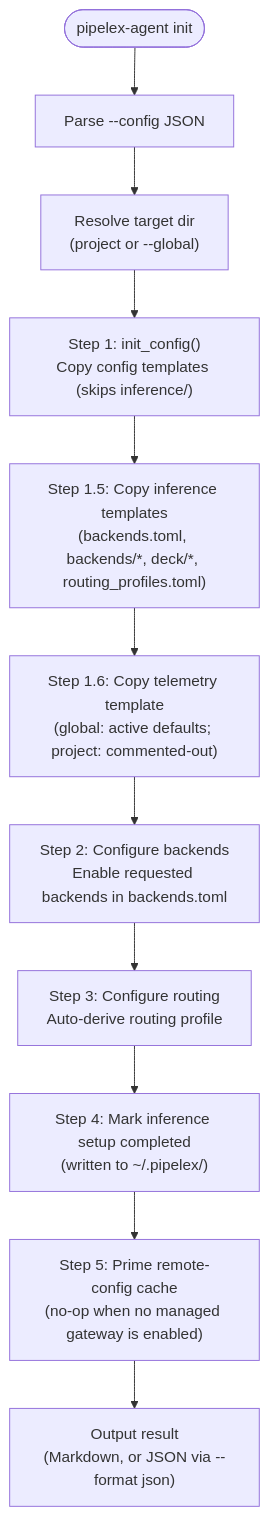
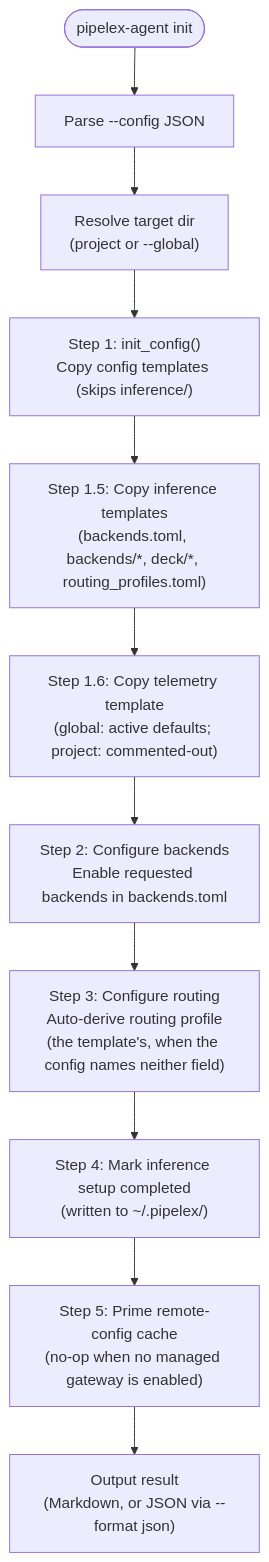
The third of 3 diagrams in docs/under-the-hood/init-cli-flows.md (Pipelex/pipelex), drawn with Mermaid before and after one commit. The commit also changed other lines of this file and 13 other files, not shown here.

````diff
--- a/docs/under-the-hood/init-cli-flows.md
+++ b/docs/under-the-hood/init-cli-flows.md
@@ -365,13 +366,13 @@
 ```mermaid
 flowchart TD
     START([pipelex-agent init]) --> PARSE["Parse --config JSON"]
     PARSE --> RESOLVE["Resolve target dir<br/>(project or --global)"]
     RESOLVE --> STEP1["Step 1: init_config()<br/>Copy config templates (skips inference/)"]
     STEP1 --> STEP15["Step 1.5: Copy inference templates<br/>(backends.toml, backends/*, deck/*, routing_profiles.toml)"]
     STEP15 --> STEP16["Step 1.6: Copy telemetry template<br/>(global: active defaults; project: commented-out)"]
     STEP16 --> STEP2["Step 2: Configure backends<br/>Enable requested backends in backends.toml"]
-    STEP2 --> STEP3["Step 3: Configure routing<br/>Auto-derive routing profile"]
+    STEP2 --> STEP3["Step 3: Configure routing<br/>Auto-derive routing profile<br/>(the template's, when the config names neither field)"]
     STEP3 --> STEP4["Step 4: Mark inference setup completed<br/>(written to ~/.pipelex/)"]
     STEP4 --> STEP5["Step 5: Prime remote-config cache<br/>(no-op when no managed gateway is enabled)"]
     STEP5 --> OUTPUT["Output result<br/>(Markdown, or JSON via --format json)"]
 ```
````
